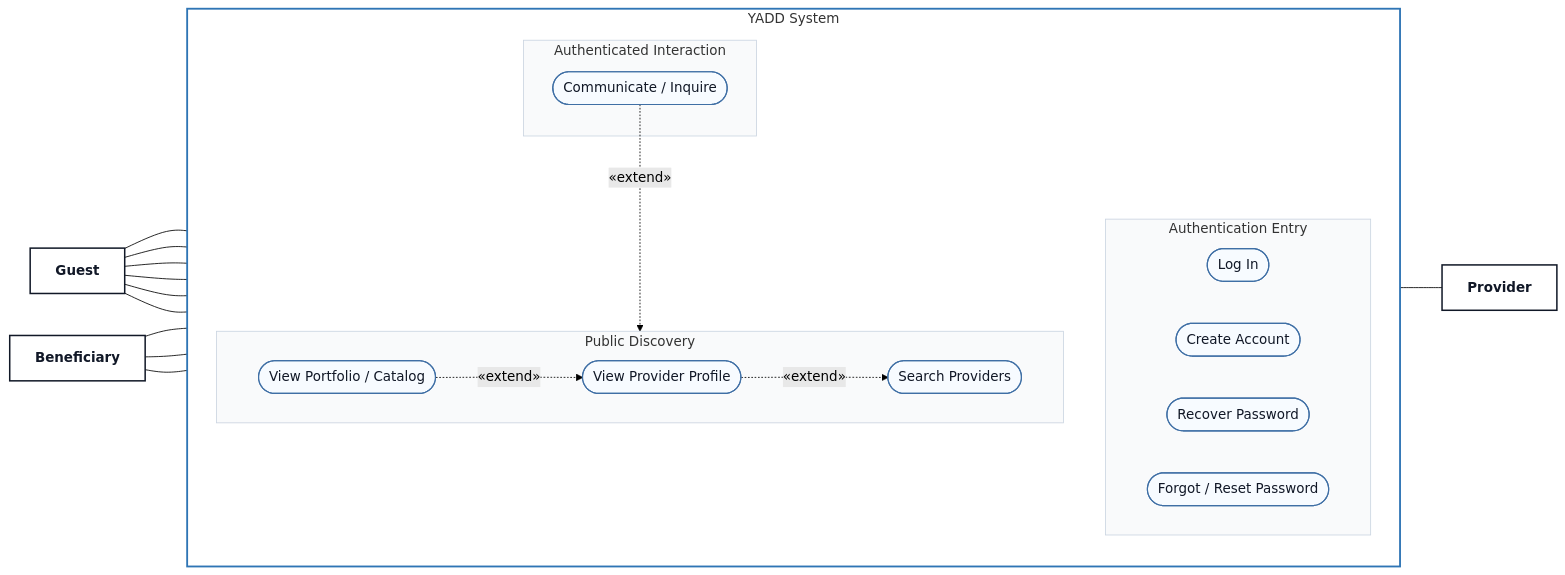
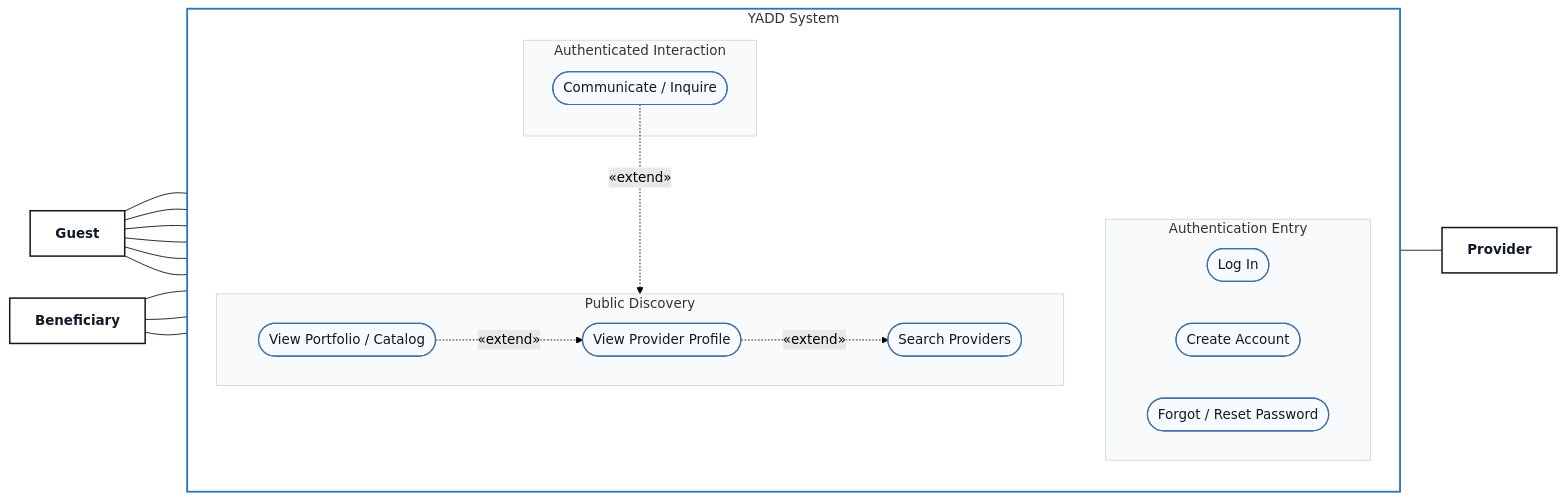
One commit to Yadd-SanaaUniversityGraduationProject/yadd changed the diagram in diagrams/03-analysis/uml/use-case/01-public-access-discovery.md. Above: the diagram before and after it, drawn with Mermaid (forest theme). The commit also changed other lines of this file and 33 other files, not shown here.

First line of the commit message:
docs: synchronize UML diagram packages

````diff
--- a/diagrams/03-analysis/uml/use-case/01-public-access-discovery.md
+++ b/diagrams/03-analysis/uml/use-case/01-public-access-discovery.md
@@ -17,54 +17,53 @@
 ```mermaid
 flowchart LR
     G["Guest"]:::actor
     B["Beneficiary"]:::actor
 
     subgraph SYS["YADD System"]
         direction TB
 
         subgraph AUTH["Authentication Entry"]
             direction LR
             LOGIN(["Log In"]):::usecase
             REGISTER(["Create Account"]):::usecase
-            RECOVER(["Recover Password"]):::usecase
             FORGOT(["Forgot / Reset Password"]):::usecase
         end
 
         subgraph DISCOVERY["Public Discovery"]
             direction LR
             SEARCH(["Search Providers"]):::usecase
             PROFILE(["View Provider Profile"]):::usecase
             SHOWCASE(["View Portfolio / Catalog"]):::usecase
         end
 
         subgraph INTERACTION["Authenticated Interaction"]
             CHAT(["Communicate / Inquire"]):::usecase
         end
     end
 
     P["Provider"]:::actor
 
     G --- LOGIN
     G --- REGISTER
     G --- FORGOT
     G --- SEARCH
     G --- PROFILE
     G --- SHOWCASE
 
     B --- SEARCH
     B --- PROFILE
     B --- CHAT
     CHAT --- P
 
     PROFILE -.->|«extend»| SEARCH
     SHOWCASE -.->|«extend»| PROFILE
     CHAT -.->|«extend»| PROFILE
 
     classDef actor fill:#FFFFFF,stroke:#111827,stroke-width:1.8px,color:#111827,font-weight:bold;
     classDef usecase fill:#F7FBFF,stroke:#3F6FA5,stroke-width:1.4px,color:#111827;
 
     style SYS fill:#FFFFFF,stroke:#2F75B5,stroke-width:2.2px
     style AUTH fill:#F9FAFB,stroke:#CBD5E1,stroke-width:1px
     style DISCOVERY fill:#F9FAFB,stroke:#CBD5E1,stroke-width:1px
     style INTERACTION fill:#F9FAFB,stroke:#CBD5E1,stroke-width:1px
 ```
````
